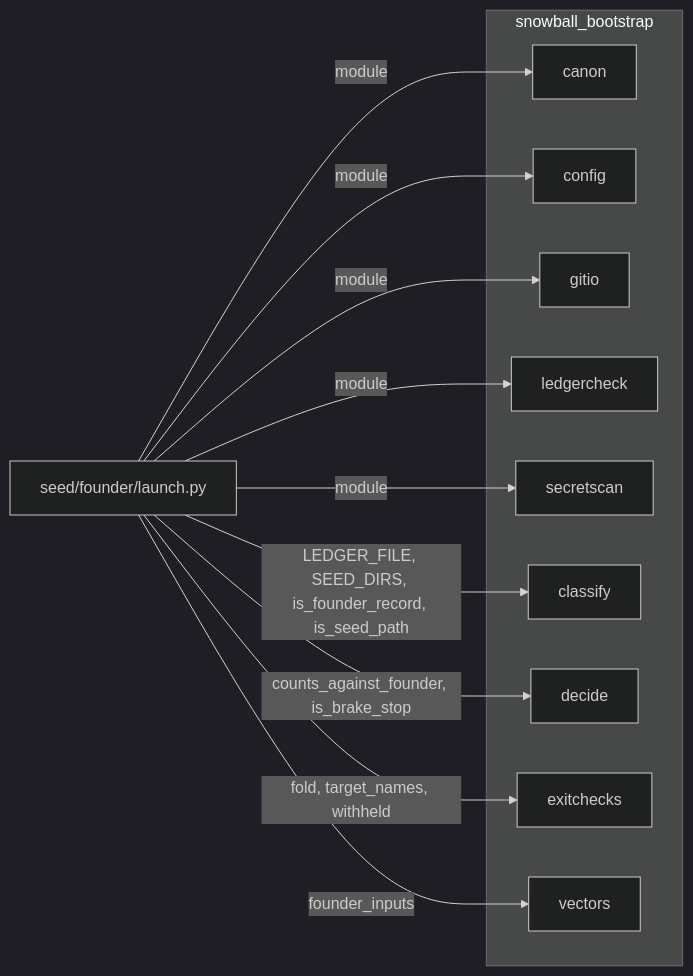
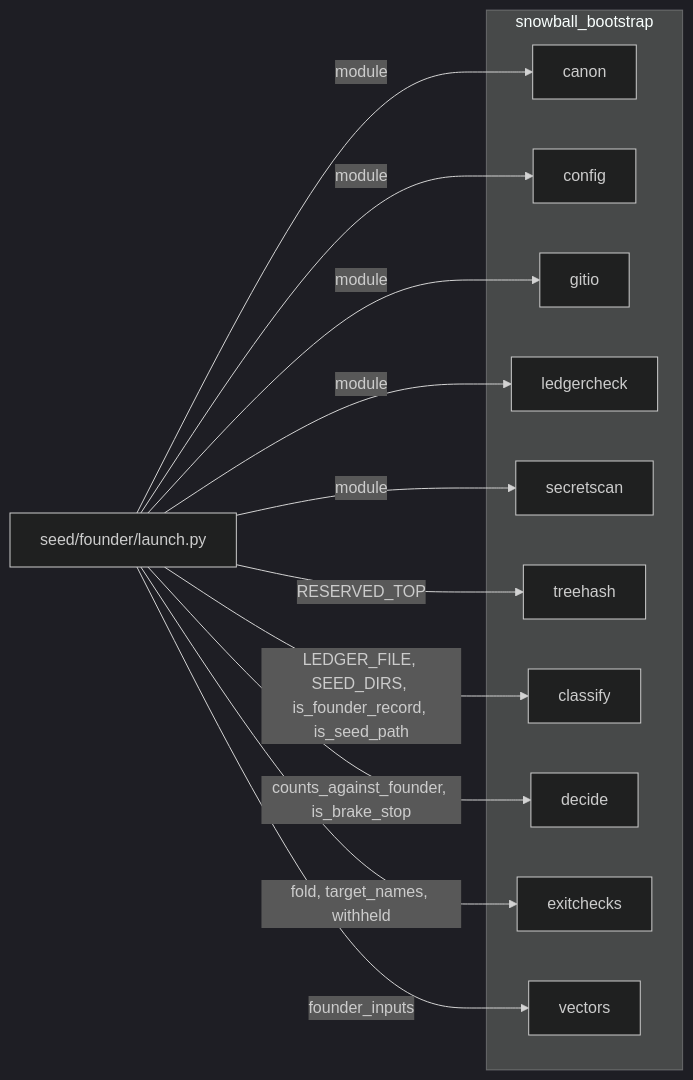
One commit to Okan-wqm/snowball-mcp changed the eighth of 8 diagrams in docs/harita.md. Above: the diagram before and after it, drawn with Mermaid (dark theme). The commit also changed other lines of this file and 8 other files, not shown here.

````diff
--- a/docs/harita.md
+++ b/docs/harita.md
@@ -451,24 +452,26 @@
 ```mermaid
 flowchart LR
   launcher["seed/founder/launch.py"]
   subgraph pkg["snowball_bootstrap"]
     m_canon["canon"]
     m_config["config"]
     m_gitio["gitio"]
     m_ledgercheck["ledgercheck"]
     m_secretscan["secretscan"]
+    m_treehash["treehash"]
     m_classify["classify"]
     m_decide["decide"]
     m_exitchecks["exitchecks"]
     m_vectors["vectors"]
   end
   launcher -->|module| m_canon
   launcher -->|module| m_config
   launcher -->|module| m_gitio
   launcher -->|module| m_ledgercheck
   launcher -->|module| m_secretscan
+  launcher -->|RESERVED_TOP| m_treehash
   launcher -->|LEDGER_FILE, SEED_DIRS, is_founder_record, is_seed_path| m_classify
   launcher -->|counts_against_founder, is_brake_stop| m_decide
   launcher -->|fold, target_names, withheld| m_exitchecks
   launcher -->|founder_inputs| m_vectors
 ```
````
